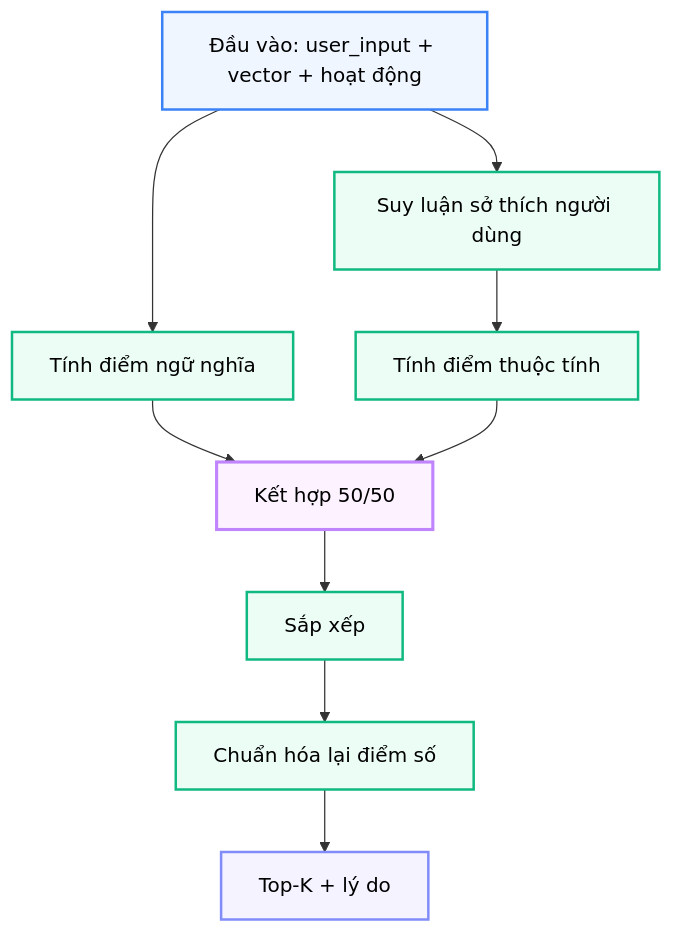
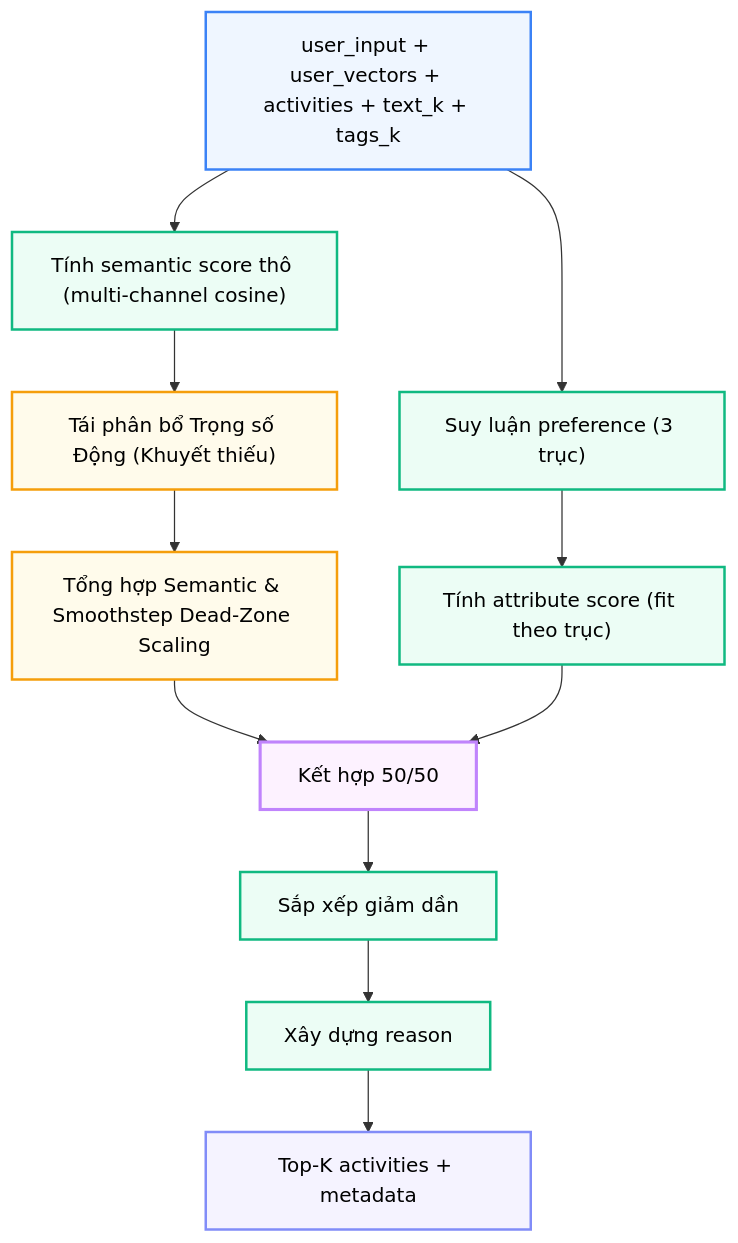
Before and after one commit to ltk6/travel-exp-planner: the diagram in docs/modules/n6_activity_ranking.md, drawn with Mermaid. The commit also changed other lines of this file and 52 other files, not shown here.

````diff
--- a/docs/modules/n6_activity_ranking.md
+++ b/docs/modules/n6_activity_ranking.md
@@ -230,21 +168,20 @@
 ```mermaid
----
-config:
-  flowchart:
-    useMaxWidth: false
----
+%%{init: {'flowchart': {'useMaxWidth': false}}}%%
 graph TD
-    classDef client fill:#eff6ff,stroke:#3b82f6,stroke-width:2px,color:#000000;
+    classDef in fill:#eff6ff,stroke:#3b82f6,stroke-width:2px,color:#000000;
     classDef op fill:#ecfdf5,stroke:#10b981,stroke-width:2px,color:#000000;
     classDef combine fill:#fdf2ff,stroke:#c084fc,stroke-width:2.5px,color:#000000;
+    classDef algo fill:#fffbeb,stroke:#f59e0b,stroke-width:2px,color:#000000;
     classDef out fill:#f5f3ff,stroke:#818cf8,stroke-width:2px,color:#000000;
-    
-    A["Đầu vào: user_input + vector + hoạt động"]:::client --> B["Suy luận sở thích người dùng"]:::op
-    A --> C["Tính điểm ngữ nghĩa"]:::op
-    B --> D["Tính điểm thuộc tính"]:::op
-    C --> E["Kết hợp 50/50"]:::combine
+
+    A["user_input + user_vectors + activities + text_k + tags_k"]:::in --> B["Suy luận preference (3 trục)"]:::op
+    A --> C["Tính semantic score thô (multi-channel cosine)"]:::op
+    C --> C1["Tái phân bổ Trọng số Động (Khuyết thiếu)"]:::algo
+    C1 --> C2["Tổng hợp Semantic & Smoothstep Dead-Zone Scaling"]:::algo
+    B --> D["Tính attribute score (fit theo trục)"]:::op
+    C2 --> E["Kết hợp 50/50"]:::combine
     D --> E
-    E --> F["Sắp xếp"]:::op
-    F --> G["Chuẩn hóa lại điểm số"]:::op
-    G --> H["Top-K + lý do"]:::out
+    E --> F["Sắp xếp giảm dần"]:::op
+    F --> G["Xây dựng reason"]:::op
+    G --> H["Top-K activities + metadata"]:::out
 ```
````
